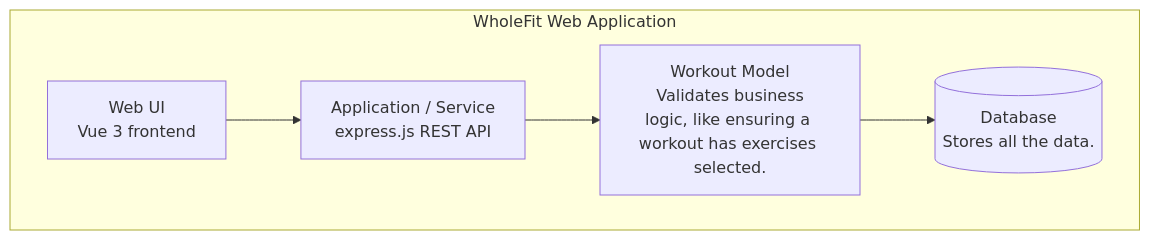
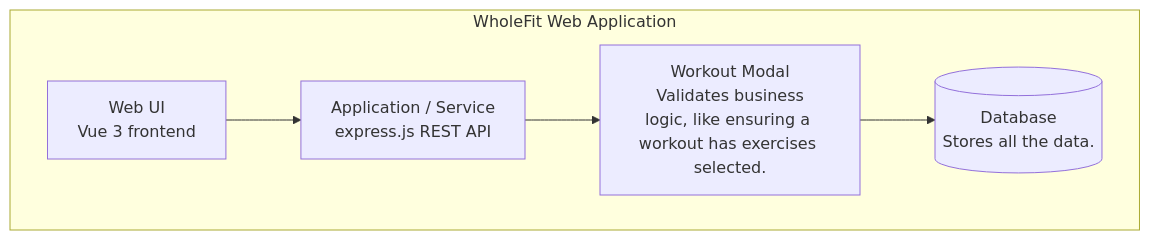
The second of 4 diagrams in README.md (GoldLion72/cen5064-project-lusbel), drawn with Mermaid before and after one commit. The commit also changed other lines of this file, not shown here.

````diff
--- a/README.md
+++ b/README.md
@@ -72,9 +72,9 @@
 ```mermaid
 %% Container view: your containers should match the tier table above.
 flowchart TB
     subgraph WholeFit [WholeFit Web Application]
         ui[Web UI<br/>Vue 3 frontend] --> api[Application / Service<br/>express.js REST API]
-        api --> domain[Workout Model<br/> Validates business logic, like ensuring a workout has exercises selected.]
+        api --> domain[Workout Modal<br/> Validates business logic, like ensuring a workout has exercises selected.]
         domain --> db[(Database<br/>Stores all the data.)]
     end
 ```
````
